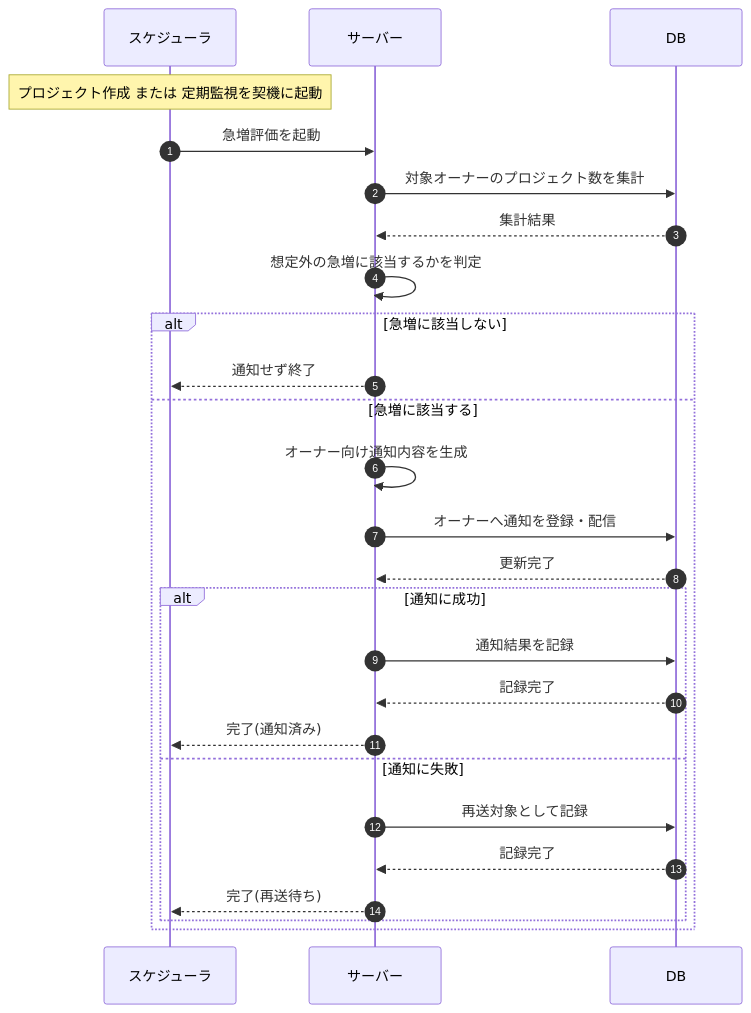
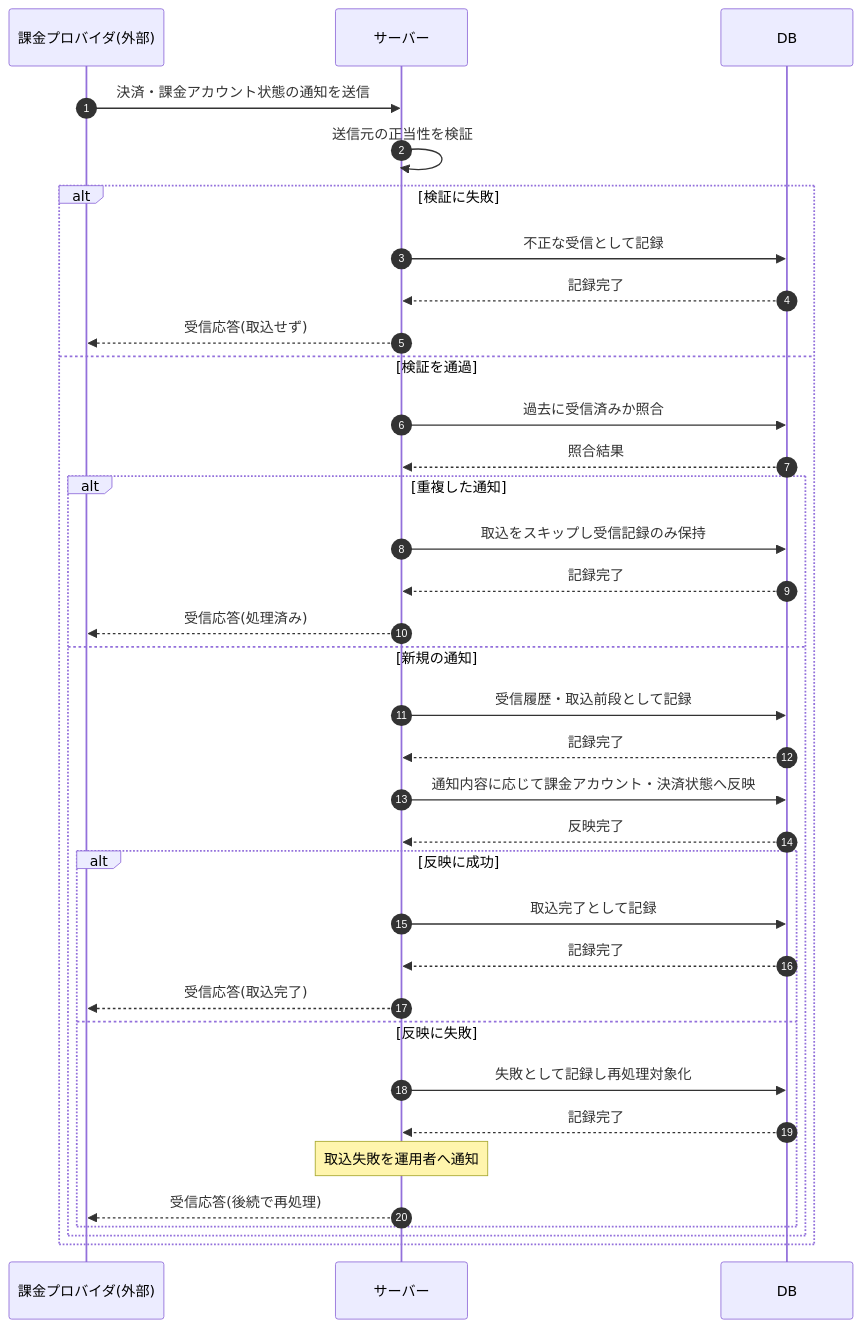
Before and after one commit to sikakou54/open-faq: the diagram in 02_basic_design/03_sequences/SEQ-109.md, drawn with Mermaid. The commit also changed other lines of this file and 395 other files, not shown here.

````diff
--- a/02_basic_design/03_sequences/SEQ-109.md
+++ b/02_basic_design/03_sequences/SEQ-109.md
@@ -25,28 +25,38 @@
 ```mermaid
 sequenceDiagram
   autonumber
-  participant SCH as スケジューラ
+  participant EXT as 課金プロバイダ(外部)
   participant Server as サーバー
   participant DB as DB
-  Note over SCH: プロジェクト作成 または 定期監視を契機に起動
-  SCH->>Server: 急増評価を起動
-  Server->>DB: 対象オーナーのプロジェクト数を集計
-  DB-->>Server: 集計結果
-  Server->>Server: 想定外の急増に該当するかを判定
-  alt 急増に該当しない
-    Server-->>SCH: 通知せず終了
-  else 急増に該当する
-    Server->>Server: オーナー向け通知内容を生成
-    Server->>DB: オーナーへ通知を登録・配信
-    DB-->>Server: 更新完了
-    alt 通知に成功
-      Server->>DB: 通知結果を記録
+
+  EXT->>Server: 決済・課金アカウント状態の通知を送信
+  Server->>Server: 送信元の正当性を検証
+  alt 検証に失敗
+    Server->>DB: 不正な受信として記録
+    DB-->>Server: 記録完了
+    Server-->>EXT: 受信応答(取込せず)
+  else 検証を通過
+    Server->>DB: 過去に受信済みか照合
+    DB-->>Server: 照合結果
+    alt 重複した通知
+      Server->>DB: 取込をスキップし受信記録のみ保持
       DB-->>Server: 記録完了
-      Server-->>SCH: 完了(通知済み)
-    else 通知に失敗
-      Server->>DB: 再送対象として記録
+      Server-->>EXT: 受信応答(処理済み)
+    else 新規の通知
+      Server->>DB: 受信履歴・取込前段として記録
       DB-->>Server: 記録完了
-      Server-->>SCH: 完了(再送待ち)
+      Server->>DB: 通知内容に応じて課金アカウント・決済状態へ反映
+      DB-->>Server: 反映完了
+      alt 反映に成功
+        Server->>DB: 取込完了として記録
+        DB-->>Server: 記録完了
+        Server-->>EXT: 受信応答(取込完了)
+      else 反映に失敗
+        Server->>DB: 失敗として記録し再処理対象化
+        DB-->>Server: 記録完了
+        Note over Server: 取込失敗を運用者へ通知
+        Server-->>EXT: 受信応答(後続で再処理)
+      end
     end
   end
 ```
````
